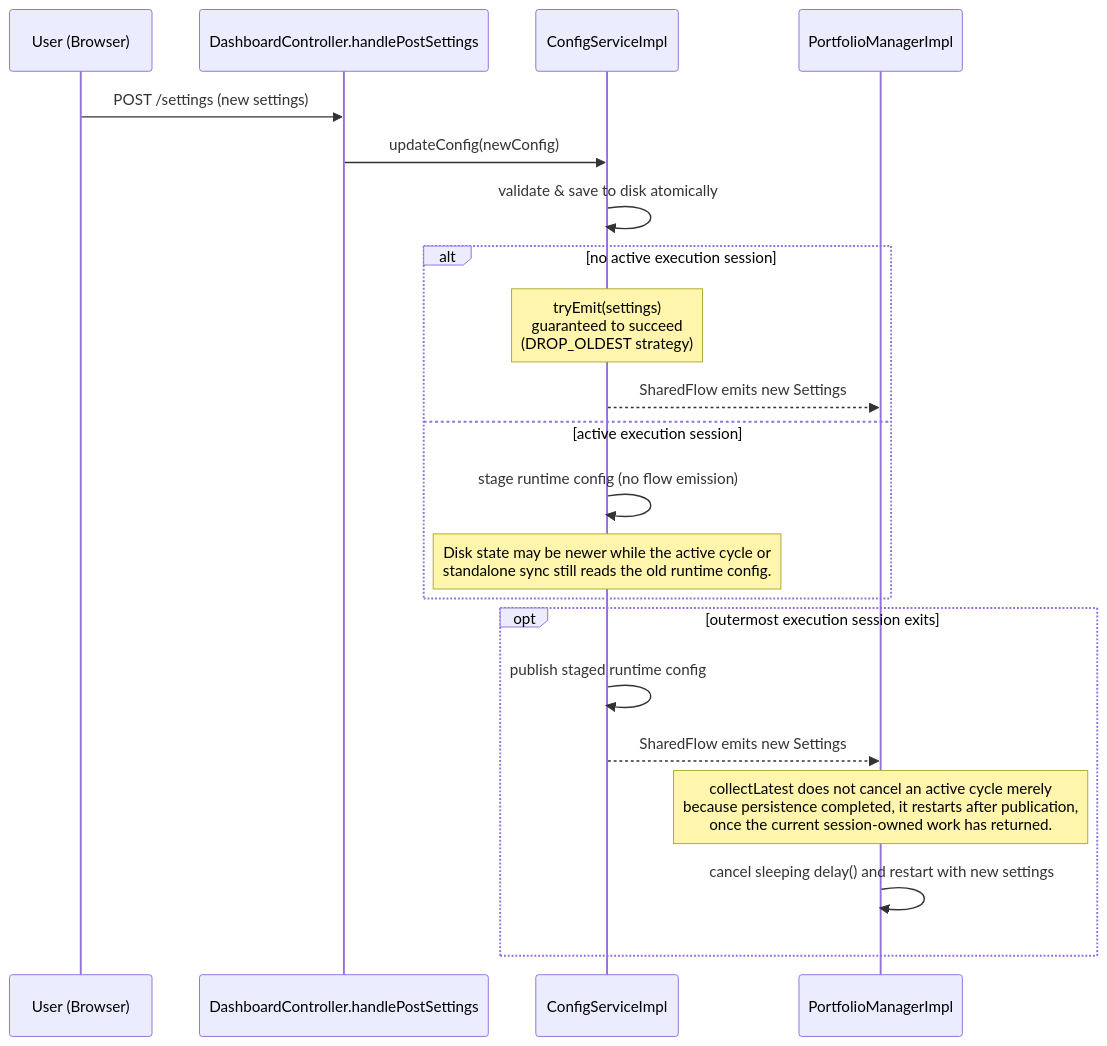
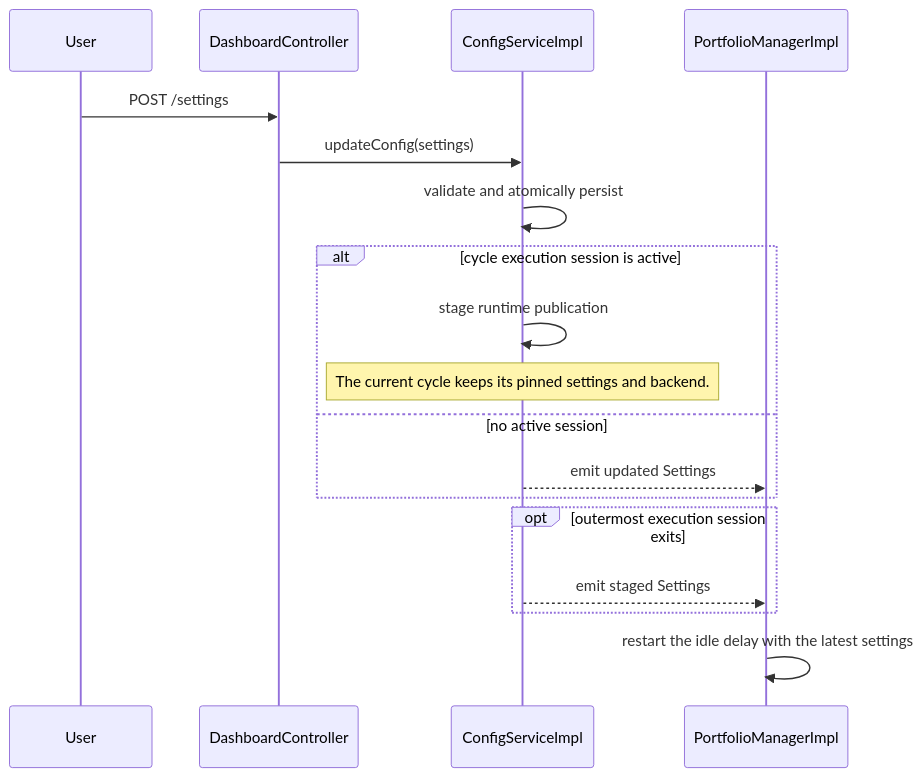
One commit to HyperVon/new-kraken-rebalancer changed the second of 3 diagrams in docs/FLOWS.md. Above: the diagram before and after it, drawn with Mermaid. The commit also changed other lines of this file and 320 other files, not shown here.

````diff
--- a/docs/FLOWS.md
+++ b/docs/FLOWS.md
@@ -153,25 +85,21 @@
 ```mermaid
 sequenceDiagram
-    participant User as User (Browser)
-    participant API as DashboardController.handlePostSettings
-    participant CS as ConfigServiceImpl
+    participant User
+    participant Controller as DashboardController
+    participant Config as ConfigServiceImpl
     participant PM as PortfolioManagerImpl
 
-    User->>API: POST /settings (new settings)
-    API->>CS: updateConfig(newConfig)
-    CS->>CS: validate & save to disk atomically
-    alt no active execution session
-        note over CS: tryEmit(settings)<br/>guaranteed to succeed<br/>(DROP_OLDEST strategy)
-        CS-->>PM: SharedFlow emits new Settings
-    else active execution session
-        CS->>CS: stage runtime config (no flow emission)
-        note over CS: Disk state may be newer while the active cycle or<br/>standalone sync still reads the old runtime config.
+    User->>Controller: POST /settings
+    Controller->>Config: updateConfig(settings)
+    Config->>Config: validate and atomically persist
+    alt cycle execution session is active
+        Config->>Config: stage runtime publication
+        Note over Config: The current cycle keeps its pinned settings and backend.
+    else no active session
+        Config-->>PM: emit updated Settings
     end
-
     opt outermost execution session exits
-        CS->>CS: publish staged runtime config
-        CS-->>PM: SharedFlow emits new Settings
-        note over PM: collectLatest does not cancel an active cycle merely<br/>because persistence completed, it restarts after publication,<br/>once the current session-owned work has returned.
-        PM->>PM: cancel sleeping delay() and restart with new settings
+        Config-->>PM: emit staged Settings
     end
+    PM->>PM: restart the idle delay with the latest settings
 ```
````
